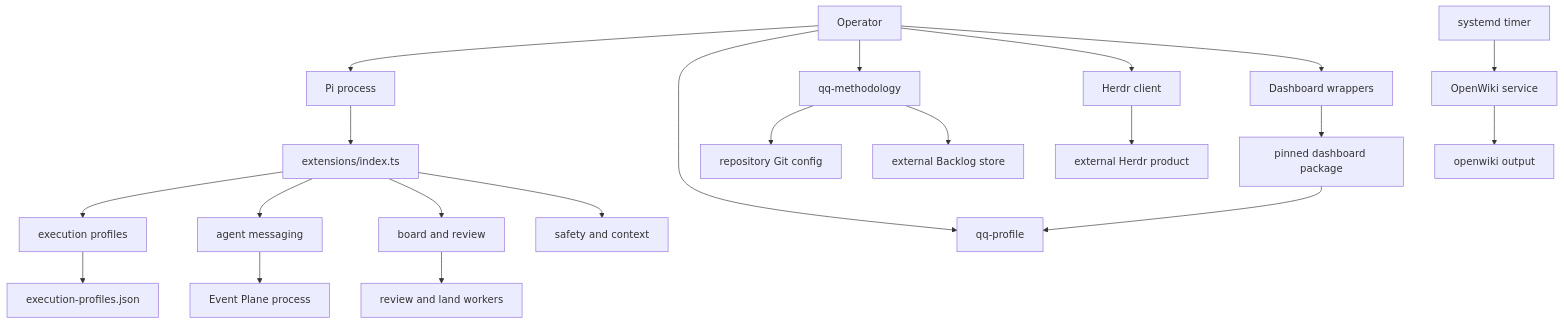
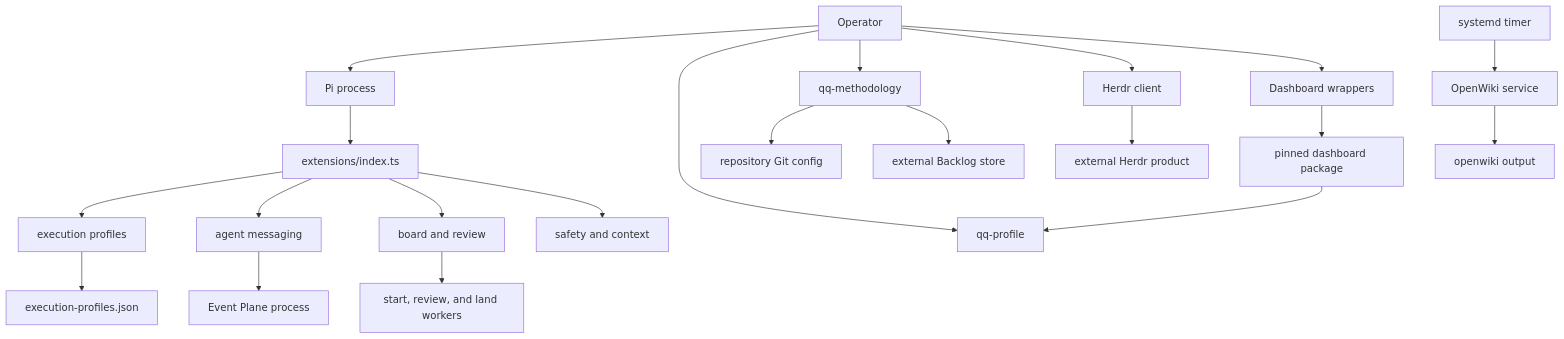
The diagram in openwiki/architecture/overview.md (hypermemetic-ai/qq), drawn with Mermaid before and after one commit. The commit also changed other lines of this file and 5 other files, not shown here.

````diff
--- a/openwiki/architecture/overview.md
+++ b/openwiki/architecture/overview.md
@@ -14,23 +14,23 @@
 ```mermaid
 flowchart TD
     Operator["Operator"] --> Pi["Pi process"]
     Operator --> ProfileCLI["qq-profile"]
     Operator --> MethodCLI["qq-methodology"]
     Operator --> HerdrClient["Herdr client"]
     Operator --> DashboardWrapper["Dashboard wrappers"]
     Pi --> Bundle["extensions/index.ts"]
     Bundle --> Profiles["execution profiles"]
     Bundle --> Messaging["agent messaging"]
     Bundle --> Workflow["board and review"]
     Bundle --> Safety["safety and context"]
     Profiles --> Policy["execution-profiles.json"]
     Messaging --> EventPlane["Event Plane process"]
-    Workflow --> Workers["review and land workers"]
+    Workflow --> Workers["start, review, and land workers"]
     MethodCLI --> GitConfig["repository Git config"]
     MethodCLI --> BacklogStore["external Backlog store"]
     HerdrClient --> HerdrServer["external Herdr product"]
     DashboardWrapper --> DashboardPackage["pinned dashboard package"]
     DashboardPackage --> ProfileCLI
     Timer["systemd timer"] --> OpenWikiService["OpenWiki service"]
     OpenWikiService --> Generated["openwiki output"]
 ```
````
